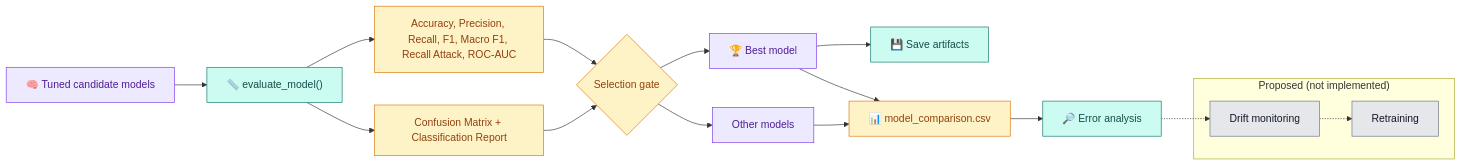
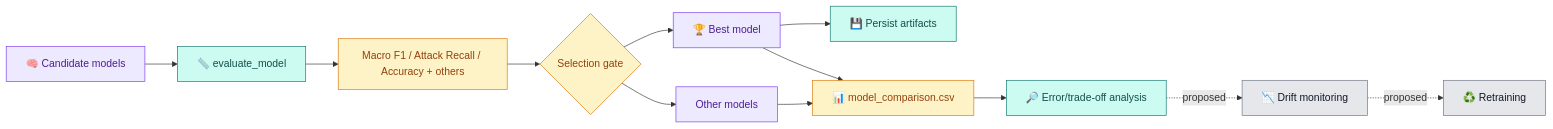
One commit to Pratyay-Bera/network_intrusion_detection_upgrade changed the sixth of 6 diagrams in README.md. Above: the diagram before and after it, drawn with Mermaid. The commit also changed other lines of this file and 6 other files, not shown here.

Commit message:
Rewrite README and refresh architecture diagrams

````diff
--- a/README.md
+++ b/README.md
@@ -624,32 +577,24 @@
 ```mermaid
 flowchart LR
-  classDef process fill:#ccfbf1,stroke:#0f766e,color:#134e4a;
-  classDef model fill:#ede9fe,stroke:#7c3aed,color:#4c1d95;
-  classDef eval fill:#fef3c7,stroke:#d97706,color:#92400e;
-  classDef infra fill:#e5e7eb,stroke:#6b7280,color:#111827;
+  classDef process fill:#CCFBF1,stroke:#0F766E,color:#134E4A;
+  classDef model fill:#EDE9FE,stroke:#7C3AED,color:#4C1D95;
+  classDef eval fill:#FEF3C7,stroke:#D97706,color:#92400E;
+  classDef infra fill:#E5E7EB,stroke:#6B7280,color:#111827;
 
-  train["🧠 Tuned candidate models"] --> evalfn["📏 evaluate_model()"]
-  evalfn --> metrics["Accuracy, Precision, Recall, F1, Macro F1, Recall Attack, ROC-AUC"]
-  evalfn --> report["Confusion Matrix + Classification Report"]
-  metrics --> gate{"Selection gate"}
-  report --> gate
-  gate --> best["🏆 Best model"]
-  gate --> others["Other models"]
-  best --> persist["💾 Save artifacts"]
-  others --> compare["📊 model_comparison.csv"]
-  best --> compare
-  compare --> analysis["🔎 Error analysis"]
+  cand["🧠 Candidate models"] --> score["📏 evaluate_model"]
+  score --> metrics["Macro F1 / Attack Recall / Accuracy + others"]
+  metrics --> select{"Selection gate"}
+  select --> best["🏆 Best model"]
+  select --> rest["Other models"]
+  best --> persist["💾 Persist artifacts"]
+  best --> comp["📊 model_comparison.csv"]
+  rest --> comp
+  comp --> analysis["🔎 Error/trade-off analysis"]
+  analysis -. proposed .-> drift["📉 Drift monitoring"]
+  drift -. proposed .-> retrain["♻️ Retraining"]
 
-  subgraph proposed["Proposed (not implemented)"]
-    drift["Drift monitoring"]
-    retrain["Retraining"]
-  end
-
-  analysis -.-> drift
-  drift -.-> retrain
-
-  class train,best,others model;
-  class evalfn,persist,analysis process;
-  class metrics,report,gate,compare eval;
+  class cand,best,rest model;
+  class score,persist,analysis process;
+  class metrics,select,comp eval;
   class drift,retrain infra;
 ```
````
